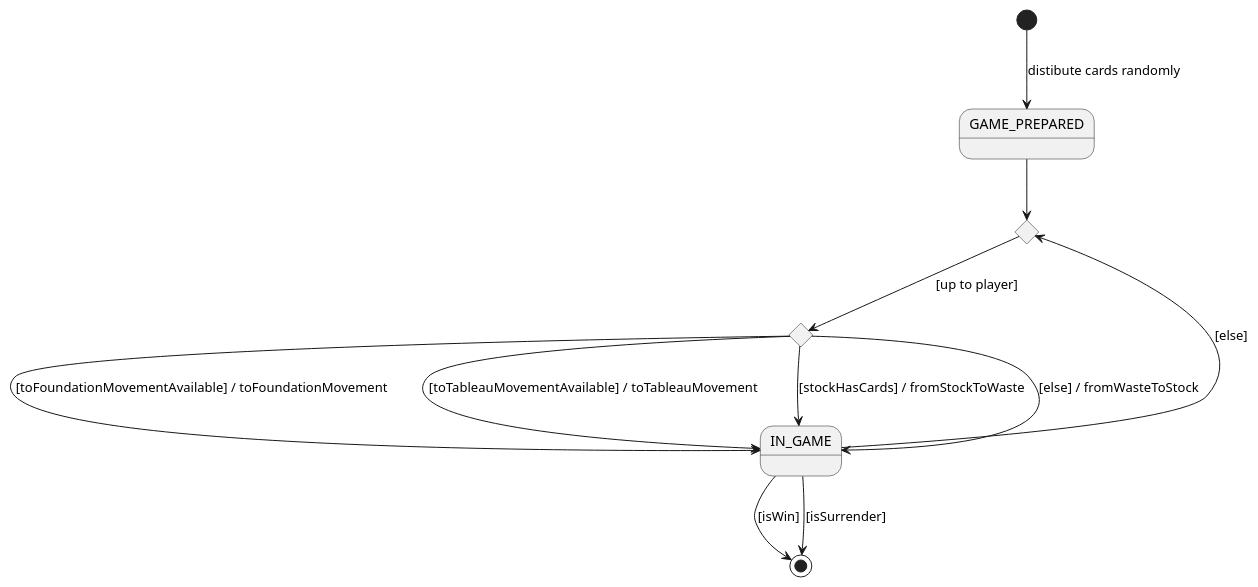
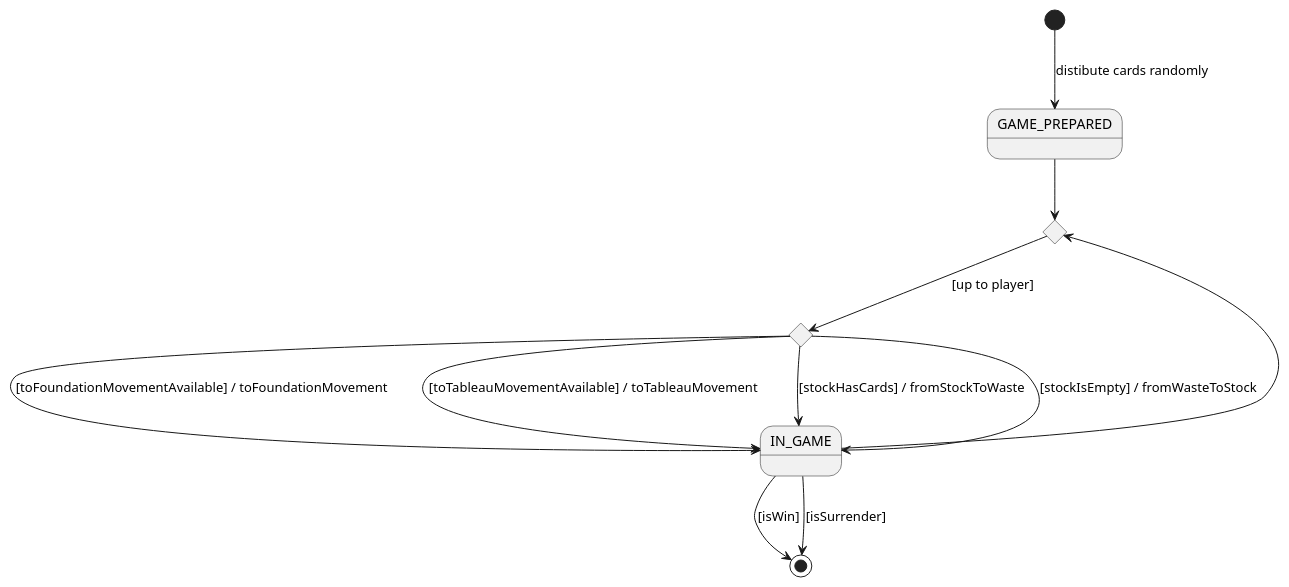
Before and after one commit to PabloMartinFluvia/IT-School: the diagram in MPDS/Klondike/docs/src/klondike rules states.plantuml, drawn with PlantUML.

Commit message:
U7 klondike task + upgrade after review

```diff
--- a/MPDS/Klondike/docs/src/klondike rules states.plantuml
+++ b/MPDS/Klondike/docs/src/klondike rules states.plantuml
@@ -1,19 +1,19 @@
 @startuml
 
 state GAME_PREPARED
 state c1 <<choice>>
 state IN_GAME
 state c2 <<choice>>
 
 [*] --> GAME_PREPARED : distibute cards randomly
 GAME_PREPARED --> c1
 c1 --> c2 : [up to player]
 c2 --> IN_GAME : [toFoundationMovementAvailable] / toFoundationMovement
 c2 --> IN_GAME : [toTableauMovementAvailable] / toTableauMovement
 c2 --> IN_GAME : [stockHasCards] / fromStockToWaste
-c2 --> IN_GAME : [else] / fromWasteToStock
+c2 --> IN_GAME : [stockIsEmpty] / fromWasteToStock
 IN_GAME --> [*] : [isWin]
 IN_GAME --> [*] : [isSurrender]
-IN_GAME --> c1 : [else]
+IN_GAME --> c1
 
 @enduml
```
